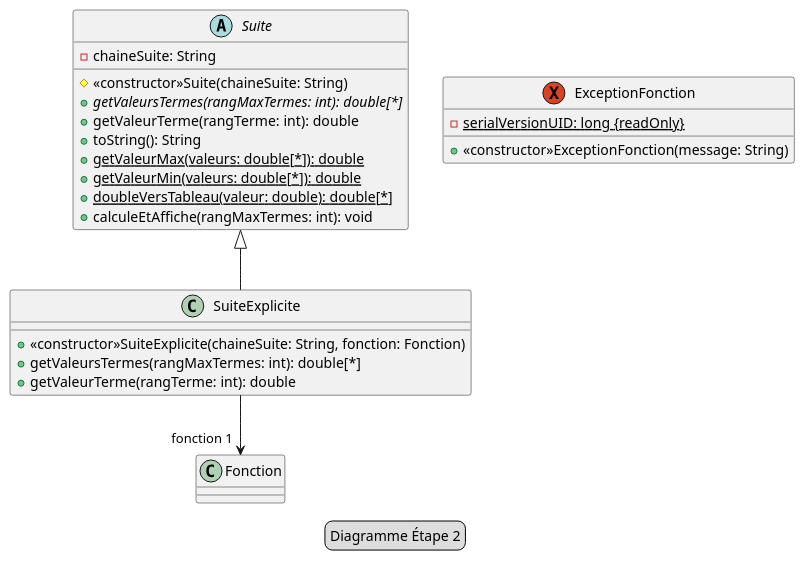
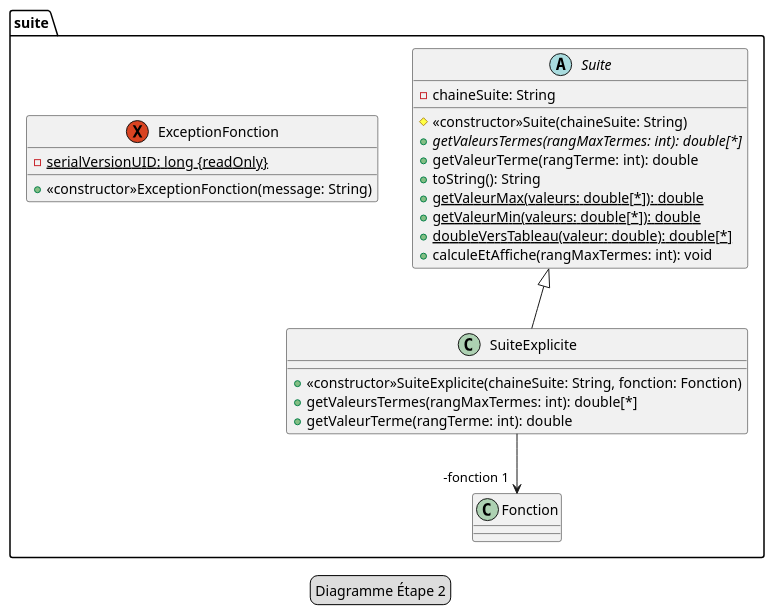
One commit to carlkolodziejski/sweet changed the diagram in plantuml/etape_2_diagramme.puml. Above: the diagram before and after it, drawn with PlantUML. The commit also changed 1 other file, not shown here.

```diff
--- a/plantuml/etape_2_diagramme.puml
+++ b/plantuml/etape_2_diagramme.puml
@@ -1,32 +1,33 @@
 @startuml
 legend Diagramme Étape 2
 
-abstract class Suite {
-    -chaineSuite: String
+package suite {
+    abstract class Suite {
+        -chaineSuite: String
 
-    #<<constructor>>Suite(chaineSuite: String)
-    +{abstract}getValeursTermes(rangMaxTermes: int): double[*]
-    +getValeurTerme(rangTerme: int): double
-    +toString(): String
-    +{static}getValeurMax(valeurs: double[*]): double
-    +{static}getValeurMin(valeurs: double[*]): double
-    +{static}doubleVersTableau(valeur: double): double[*]
-    +calculeEtAffiche(rangMaxTermes: int): void
+        #<<constructor>>Suite(chaineSuite: String)
+        +{abstract}getValeursTermes(rangMaxTermes: int): double[*]
+        +getValeurTerme(rangTerme: int): double
+        +toString(): String
+        +{static}getValeurMax(valeurs: double[*]): double
+        +{static}getValeurMin(valeurs: double[*]): double
+        +{static}doubleVersTableau(valeur: double): double[*]
+        +calculeEtAffiche(rangMaxTermes: int): void
+    }
+
+    class SuiteExplicite extends Suite {
+        +<<constructor>>SuiteExplicite(chaineSuite: String, fonction: Fonction)
+        +getValeursTermes(rangMaxTermes: int): double[*]
+        +getValeurTerme(rangTerme: int): double
+    }
+
+    exception ExceptionFonction {
+        -{static}serialVersionUID: long {readOnly}
+        +<<constructor>>ExceptionFonction(message: String)
+    }
+
+    class Fonction {
+    }
 }
-
-class SuiteExplicite extends Suite {
-    +<<constructor>>SuiteExplicite(chaineSuite: String, fonction: Fonction)
-    +getValeursTermes(rangMaxTermes: int): double[*]
-    +getValeurTerme(rangTerme: int): double
-}
-
-exception ExceptionFonction {
-    -{static}serialVersionUID: long {readOnly}
-    +<<constructor>>ExceptionFonction(message: String)
-}
-
-class Fonction {
-}
-
-SuiteExplicite --> "fonction 1" Fonction
+SuiteExplicite --> "-fonction 1" Fonction
 @enduml
```
